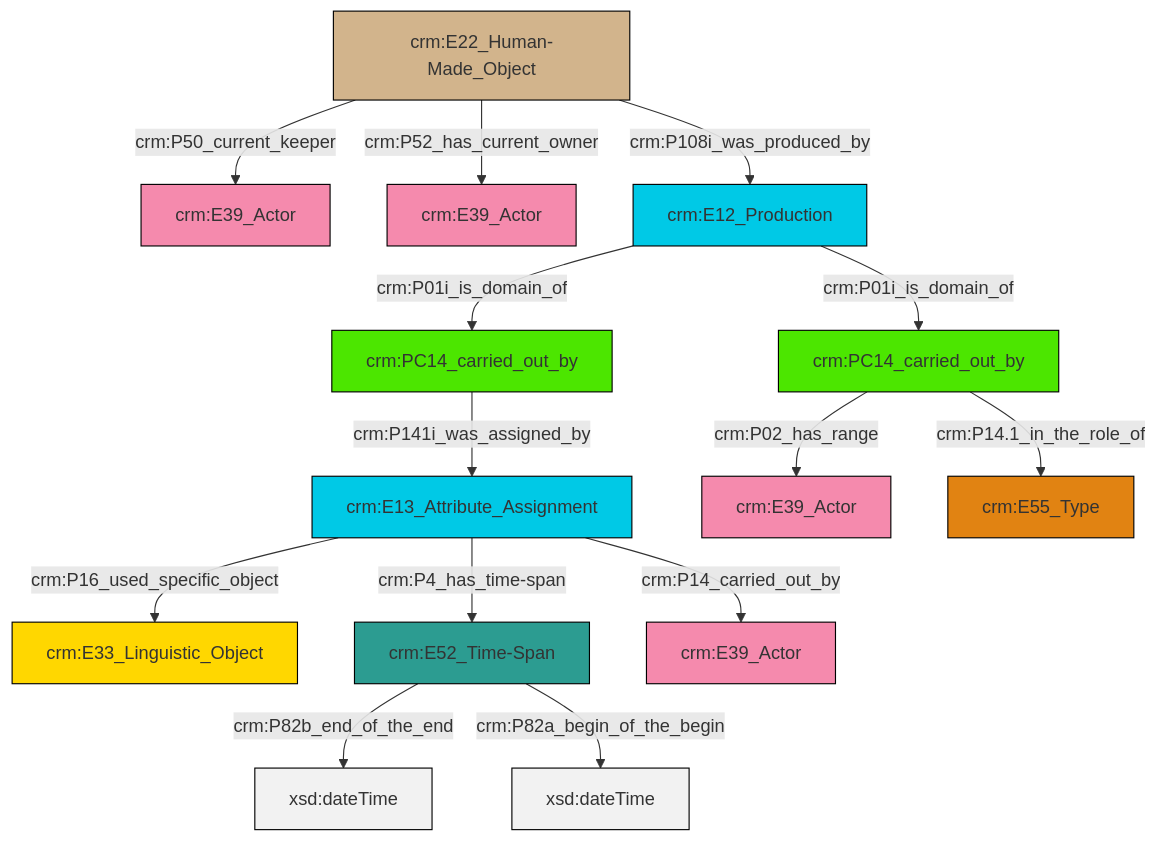
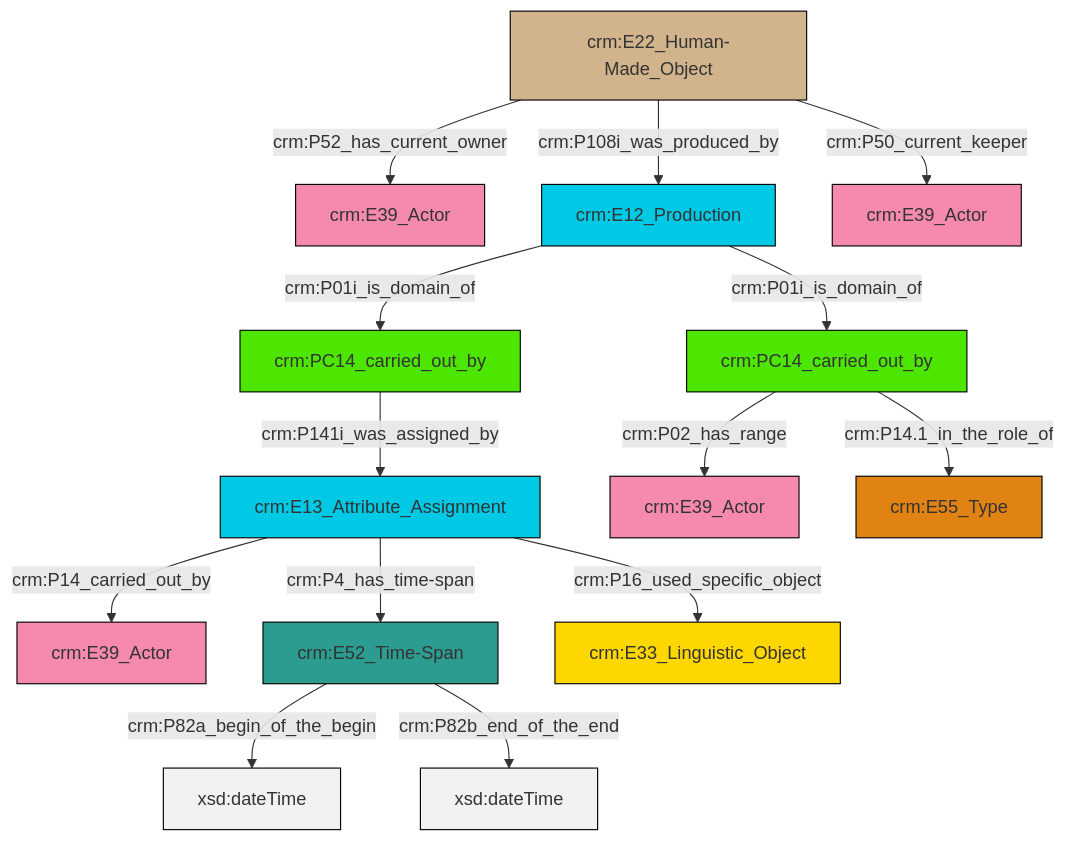
Before and after one commit to swiss-art-research-net/docs.swissartresearch: the diagram in et/carrierCSV/ttl/mmd/carrier_relations.ttl.mmd, drawn with Mermaid. The commit also changed 180 other files, not shown here.

```diff
--- a/et/carrierCSV/ttl/mmd/carrier_relations.ttl.mmd
+++ b/et/carrierCSV/ttl/mmd/carrier_relations.ttl.mmd
@@ -1,28 +1,28 @@
 graph TD
 classDef Literal fill:#f2f2f2,stroke:#000000;
 classDef CRM_Entity fill:#FFFFFF,stroke:#000000;
 classDef Temporal_Entity fill:#00C9E6, stroke:#000000;
 classDef Type fill:#E18312, stroke:#000000;
 classDef Time-Span fill:#2C9C91, stroke:#000000;
 classDef Appellation fill:#FFEB7F, stroke:#000000;
 classDef Place fill:#008836, stroke:#000000;
 classDef Persistent_Item fill:#B266B2, stroke:#000000;
 classDef Conceptual_Object fill:#FFD700, stroke:#000000;
 classDef Physical_Thing fill:#D2B48C, stroke:#000000;
 classDef Actor fill:#f58aad, stroke:#000000;
 classDef PC_Classes fill:#4ce600, stroke:#000000;
 classDef Multi fill:#cccccc,stroke:#000000;
 
-0["crm:E22_Human-Made_Object"]:::Physical_Thing -->|crm:P50_current_keeper| 1["crm:E39_Actor"]:::Actor
-0["crm:E22_Human-Made_Object"]:::Physical_Thing -->|crm:P52_has_current_owner| 8["crm:E39_Actor"]:::Actor
-2["crm:E13_Attribute_Assignment"]:::Temporal_Entity -->|crm:P4_has_time-span| 9["crm:E52_Time-Span"]:::Time-Span
-10["crm:E12_Production"]:::Temporal_Entity -->|crm:P01i_is_domain_of| 11["crm:PC14_carried_out_by"]:::PC_Classes
-2["crm:E13_Attribute_Assignment"]:::Temporal_Entity -->|crm:P14_carried_out_by| 14["crm:E39_Actor"]:::Actor
-20["crm:PC14_carried_out_by"]:::PC_Classes -->|crm:P14.1_in_the_role_of| 15["crm:E55_Type"]:::Type
-9["crm:E52_Time-Span"]:::Time-Span -->|crm:P82b_end_of_the_end| 21[xsd:dateTime]:::Literal
-10["crm:E12_Production"]:::Temporal_Entity -->|crm:P01i_is_domain_of| 20["crm:PC14_carried_out_by"]:::PC_Classes
-11["crm:PC14_carried_out_by"]:::PC_Classes -->|crm:P141i_was_assigned_by| 2["crm:E13_Attribute_Assignment"]:::Temporal_Entity
-9["crm:E52_Time-Span"]:::Time-Span -->|crm:P82a_begin_of_the_begin| 25[xsd:dateTime]:::Literal
-20["crm:PC14_carried_out_by"]:::PC_Classes -->|crm:P02_has_range| 6["crm:E39_Actor"]:::Actor
-0["crm:E22_Human-Made_Object"]:::Physical_Thing -->|crm:P108i_was_produced_by| 10["crm:E12_Production"]:::Temporal_Entity
-2["crm:E13_Attribute_Assignment"]:::Temporal_Entity -->|crm:P16_used_specific_object| 4["crm:E33_Linguistic_Object"]:::Conceptual_Object
+0["crm:E22_Human-Made_Object"]:::Physical_Thing -->|crm:P52_has_current_owner| 1["crm:E39_Actor"]:::Actor
+0["crm:E22_Human-Made_Object"]:::Physical_Thing -->|crm:P108i_was_produced_by| 6["crm:E12_Production"]:::Temporal_Entity
+6["crm:E12_Production"]:::Temporal_Entity -->|crm:P01i_is_domain_of| 7["crm:PC14_carried_out_by"]:::PC_Classes
+8["crm:E52_Time-Span"]:::Time-Span -->|crm:P82a_begin_of_the_begin| 9[xsd:dateTime]:::Literal
+10["crm:E13_Attribute_Assignment"]:::Temporal_Entity -->|crm:P14_carried_out_by| 11["crm:E39_Actor"]:::Actor
+10["crm:E13_Attribute_Assignment"]:::Temporal_Entity -->|crm:P4_has_time-span| 8["crm:E52_Time-Span"]:::Time-Span
+7["crm:PC14_carried_out_by"]:::PC_Classes -->|crm:P141i_was_assigned_by| 10["crm:E13_Attribute_Assignment"]:::Temporal_Entity
+6["crm:E12_Production"]:::Temporal_Entity -->|crm:P01i_is_domain_of| 16["crm:PC14_carried_out_by"]:::PC_Classes
+16["crm:PC14_carried_out_by"]:::PC_Classes -->|crm:P02_has_range| 4["crm:E39_Actor"]:::Actor
+10["crm:E13_Attribute_Assignment"]:::Temporal_Entity -->|crm:P16_used_specific_object| 18["crm:E33_Linguistic_Object"]:::Conceptual_Object
+0["crm:E22_Human-Made_Object"]:::Physical_Thing -->|crm:P50_current_keeper| 2["crm:E39_Actor"]:::Actor
+16["crm:PC14_carried_out_by"]:::PC_Classes -->|crm:P14.1_in_the_role_of| 14["crm:E55_Type"]:::Type
+8["crm:E52_Time-Span"]:::Time-Span -->|crm:P82b_end_of_the_end| 22[xsd:dateTime]:::Literal
```
